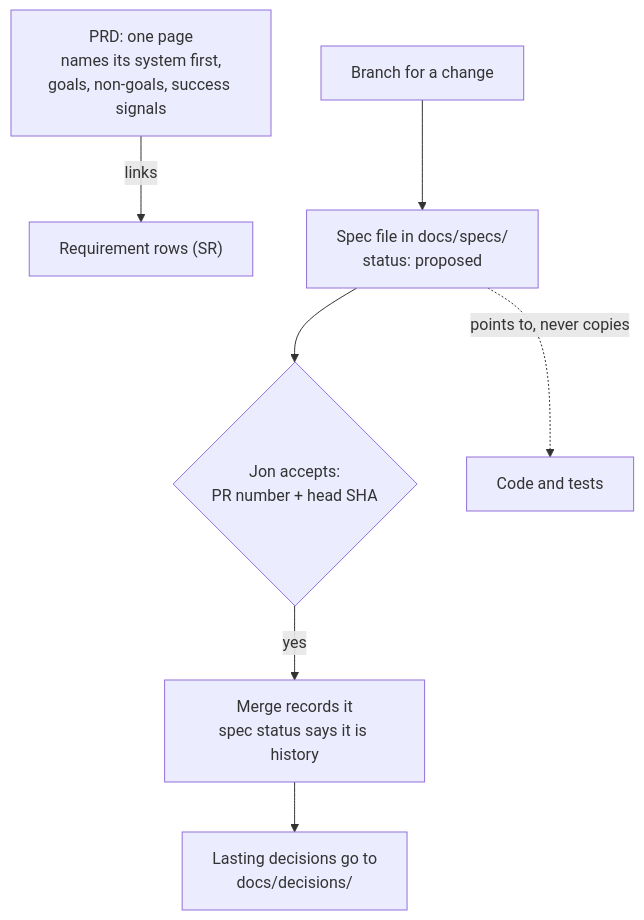
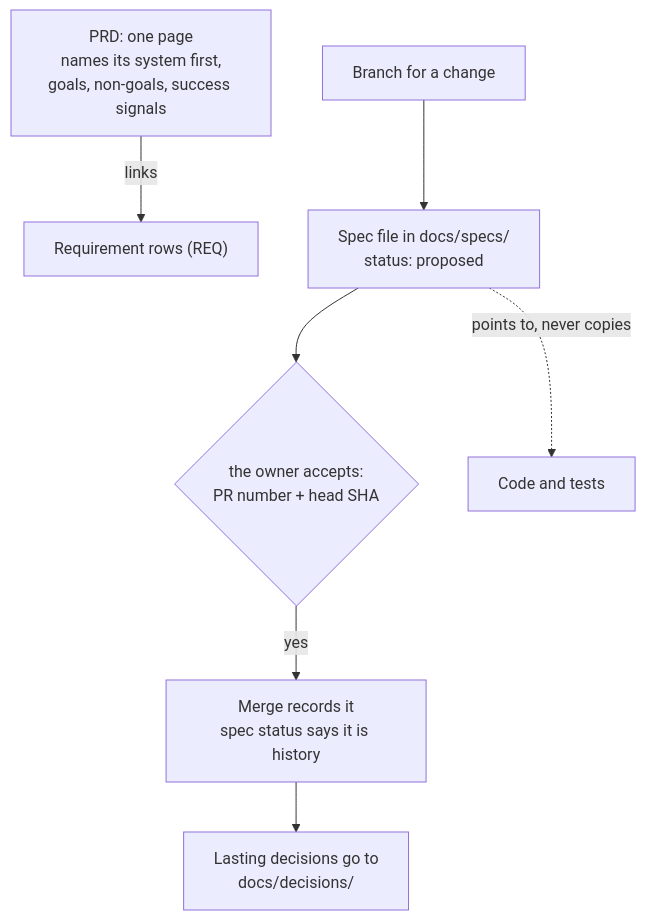
Before and after one commit to jonhill90/central-hub: the diagram in docs/decisions/0007-use-a-one-page-prd-and-frozen-per-change-specs.md, drawn with Mermaid. The commit also changed other lines of this file and 59 other files, not shown here.

````diff
--- a/docs/decisions/0007-use-a-one-page-prd-and-frozen-per-change-specs.md
+++ b/docs/decisions/0007-use-a-one-page-prd-and-frozen-per-change-specs.md
@@ -58,9 +57,9 @@
 ```mermaid
 flowchart TB
-  PRD["PRD: one page<br/>names its system first,<br/>goals, non-goals, success signals"] -- links --> SR["Requirement rows (SR)"]
+  PRD["PRD: one page<br/>names its system first,<br/>goals, non-goals, success signals"] -- links --> REQ["Requirement rows (REQ)"]
   B["Branch for a change"] --> S["Spec file in docs/specs/<br/>status: proposed"]
-  S --> J{"Jon accepts:<br/>PR number + head SHA"}
+  S --> J{"the owner accepts:<br/>PR number + head SHA"}
   J -- yes --> M["Merge records it<br/>spec status says it is history"]
   M --> D["Lasting decisions go to<br/>docs/decisions/"]
   S -. "points to, never copies" .-> C["Code and tests"]
 ```
````
